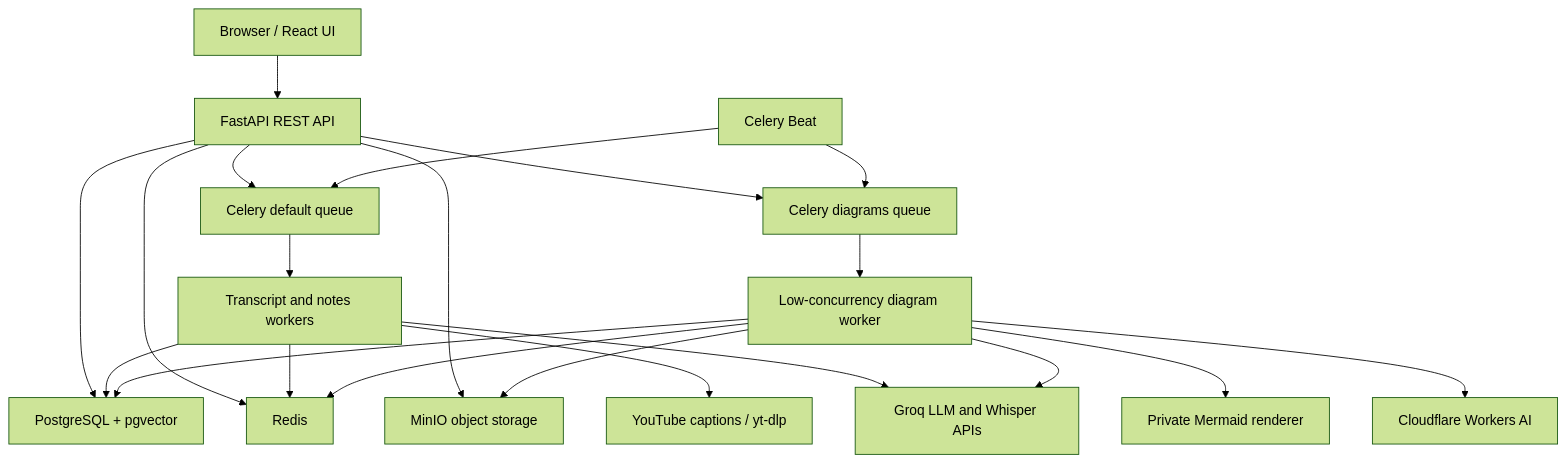
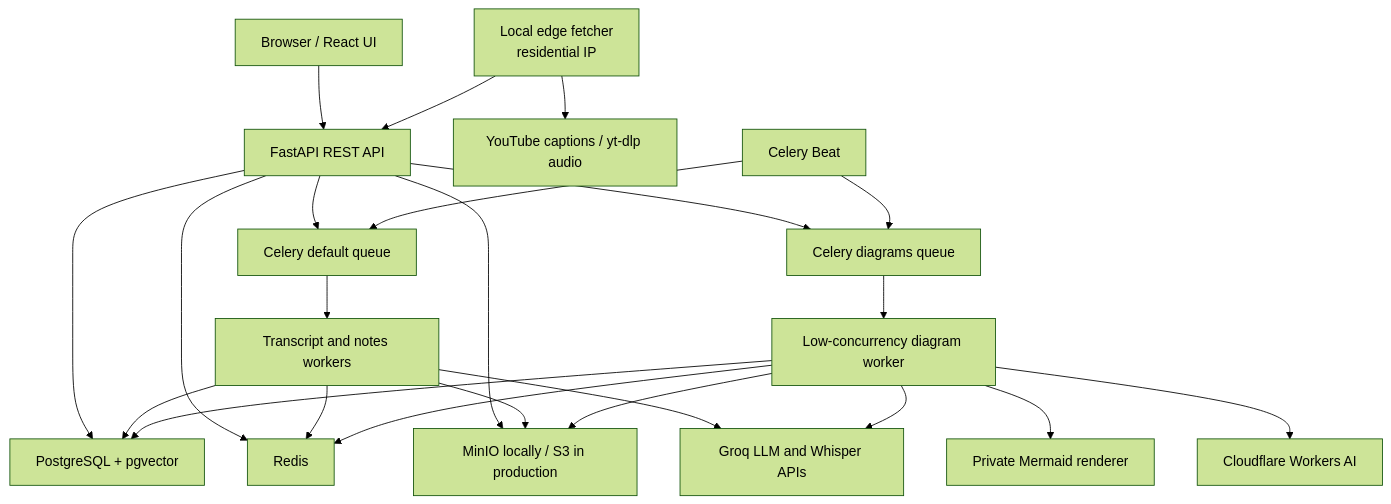
Before and after one commit to JustATalentedGuy/courseflow: the first of 2 diagrams in README.md, drawn with Mermaid (forest theme). The commit also changed other lines of this file and 4 other files, not shown here.

````diff
--- a/README.md
+++ b/README.md
@@ -322,27 +329,29 @@
 ```mermaid
 flowchart TB
     User["Browser / React UI"] --> API["FastAPI REST API"]
     API --> Postgres["PostgreSQL + pgvector"]
     API --> Redis["Redis"]
-    API --> MinIO["MinIO object storage"]
+    API --> ObjectStore["MinIO locally / S3 in production"]
+    LocalFetcher["Local edge fetcher<br/>residential IP"] --> API
+    LocalFetcher --> YouTube["YouTube captions / yt-dlp audio"]
 
     API --> GeneralQueue["Celery default queue"]
     API --> DiagramQueue["Celery diagrams queue"]
     Beat["Celery Beat"] --> GeneralQueue
     Beat --> DiagramQueue
 
     GeneralQueue --> Worker["Transcript and notes workers"]
     DiagramQueue --> DiagramWorker["Low-concurrency diagram worker"]
 
-    Worker --> YouTube["YouTube captions / yt-dlp"]
     Worker --> Groq["Groq LLM and Whisper APIs"]
+    Worker --> ObjectStore
     Worker --> Postgres
     Worker --> Redis
 
     DiagramWorker --> Groq
     DiagramWorker --> Mermaid["Private Mermaid renderer"]
     DiagramWorker --> Cloudflare["Cloudflare Workers AI"]
-    DiagramWorker --> MinIO
+    DiagramWorker --> ObjectStore
     DiagramWorker --> Postgres
     DiagramWorker --> Redis
 ```
````
